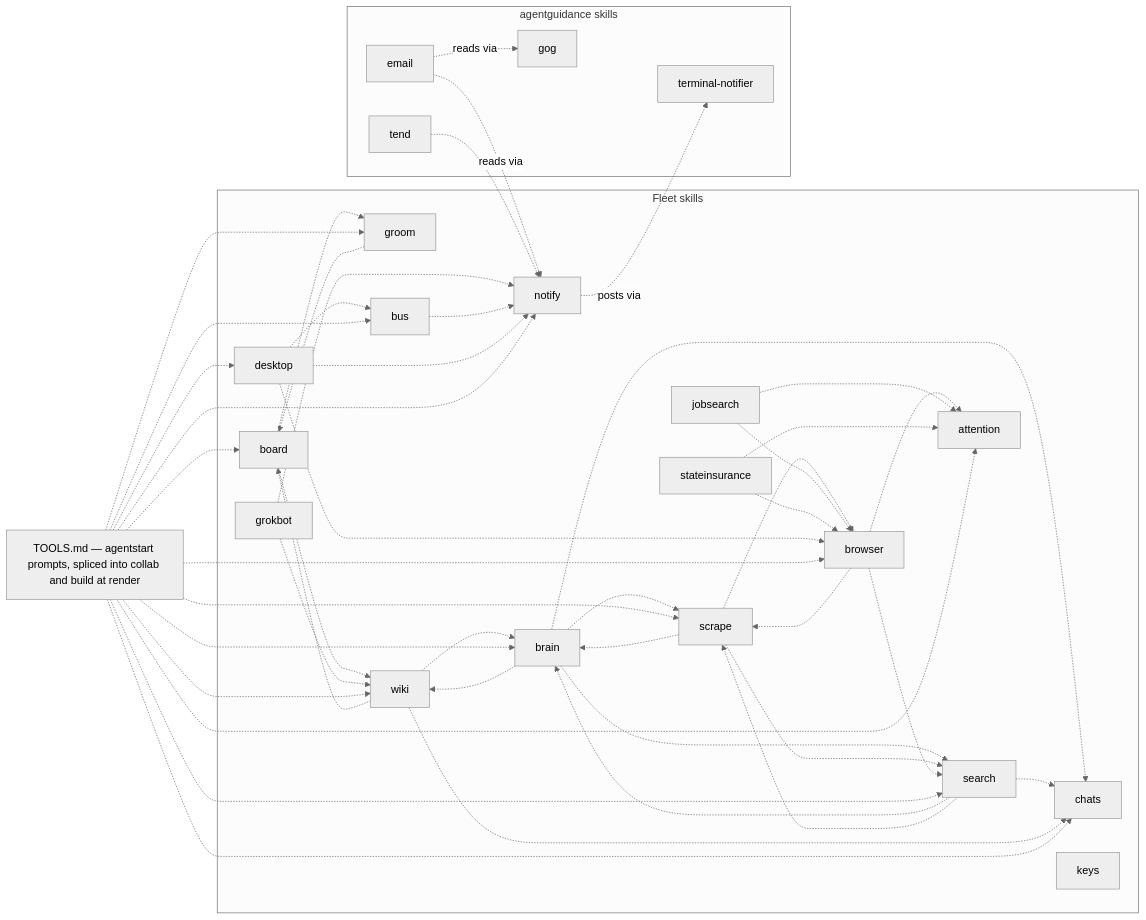
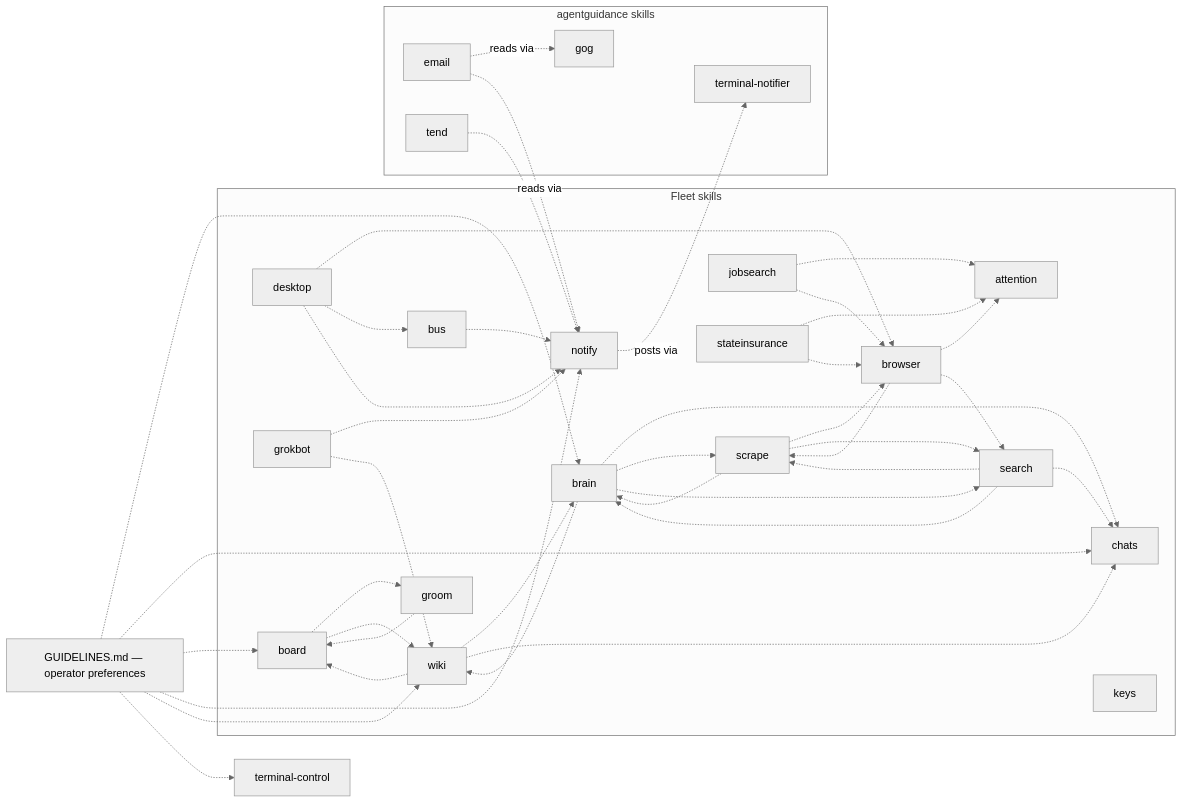
One commit to possibilities/agentstart changed the third of 3 diagrams in skills/fleet/MAP.md. Above: the diagram before and after it, drawn with Mermaid (neutral theme). The commit also changed other lines of this file and 6 other files, not shown here.

````diff
--- a/skills/fleet/MAP.md
+++ b/skills/fleet/MAP.md
@@ -136,31 +136,31 @@
 ```mermaid
 flowchart LR
     subgraph fleetSkills [Fleet skills]
         board -.-> groom & wiki
         groom -.-> board
         brain -.-> chats & scrape & search & wiki
         scrape -.-> brain & browser & search
         search -.-> brain & chats & scrape
         browser -.-> attention & scrape & search
         attention
         jobsearch -.-> attention & browser
         stateinsurance -.-> attention & browser
         wiki -.-> board & brain & chats
         desktop -.-> browser & bus
         grokbot -.-> notify & wiki
         chats
         keys
         bus
     end
 
     subgraph guidanceSkills [agentguidance skills]
         notify -.->|posts via| notifierCli[terminal-notifier]
         email -.->|reads via| gogCli[gog] & notify
         tend[tend] -.-> notify
     end
 
     bus -.-> notify
     desktop -.-> notify
 
-    tools[TOOLS.md — agentstart prompts, spliced into collab and build at render] -.-> search & scrape & brain & browser & attention & wiki & board & groom & chats & notify & bus & desktop
+    guidelines[GUIDELINES.md — operator preferences] -.-> brain & chats & board & notify & wiki & terminalControl[terminal-control]
 ```
````
